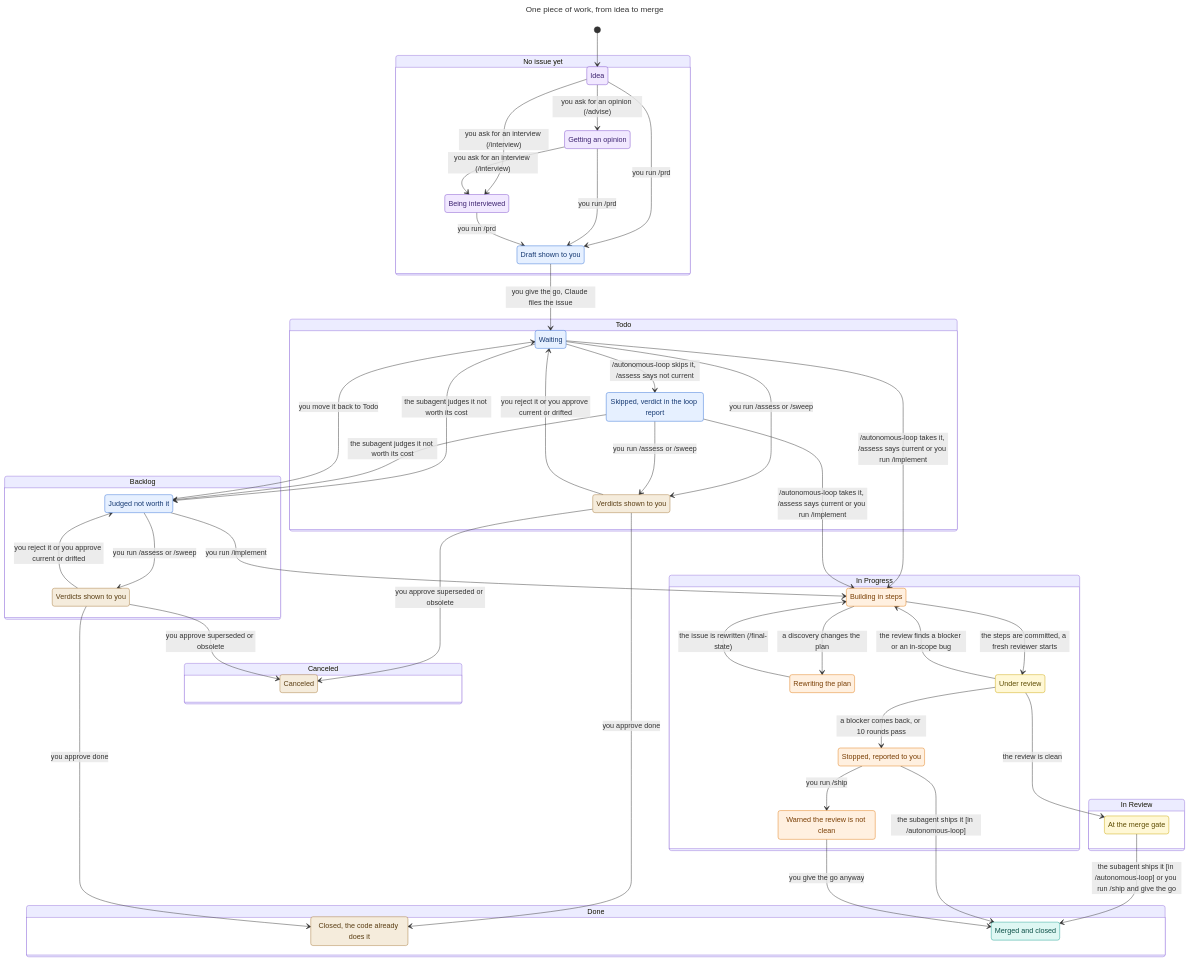
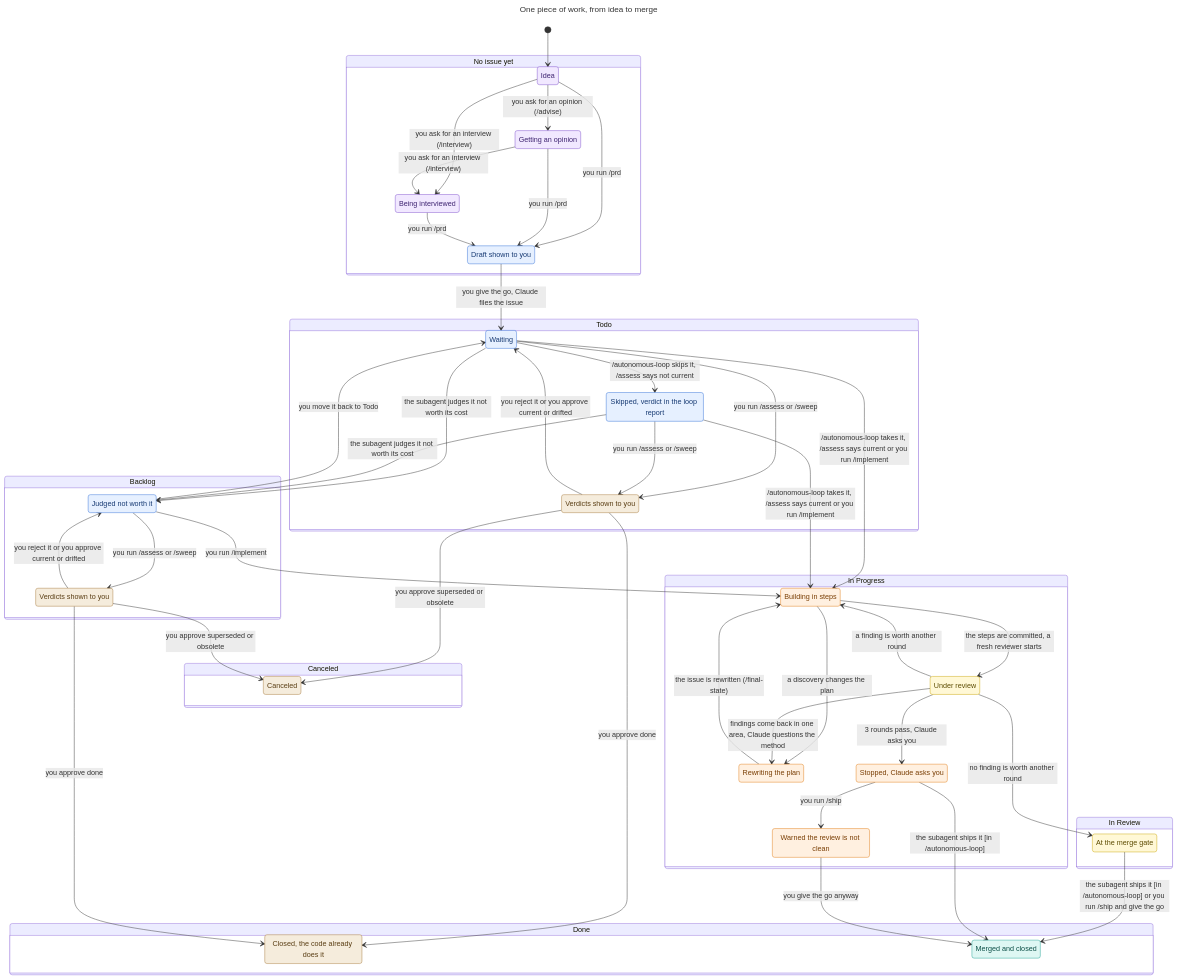
One commit to felipeam86/pipe-skills changed the second of 2 diagrams in README.md. Above: the diagram before and after it, drawn with Mermaid. The commit also changed other lines of this file and 5 other files, not shown here.

```diff
--- a/README.md
+++ b/README.md
@@ -133,7 +134,7 @@
     s10: Building in steps
     s11: Rewriting the plan
     s12: Under review
-    s13: Stopped, reported to you
+    s13: Stopped, Claude asks you
     s14: Warned the review is not clean
   }
   state "Backlog" as s15 {
@@ -174,9 +175,10 @@
   s8 --> s19: you approve superseded or obsolete
   s8 --> s21: you approve done
   s11 --> s10: the issue is rewritten (/final-state)
-  s12 --> s10: the review finds a blocker or an in-scope bug
-  s12 --> s24: the review is clean
-  s12 --> s13: a blocker comes back, or 10 rounds pass
+  s12 --> s10: a finding is worth another round
+  s12 --> s11: findings come back in one area, Claude questions the method
+  s12 --> s24: no finding is worth another round
+  s12 --> s13: 3 rounds pass, Claude asks you
   s17 --> s16: you reject it or you approve current or drifted
   s17 --> s19: you approve superseded or obsolete
   s17 --> s21: you approve done
```
